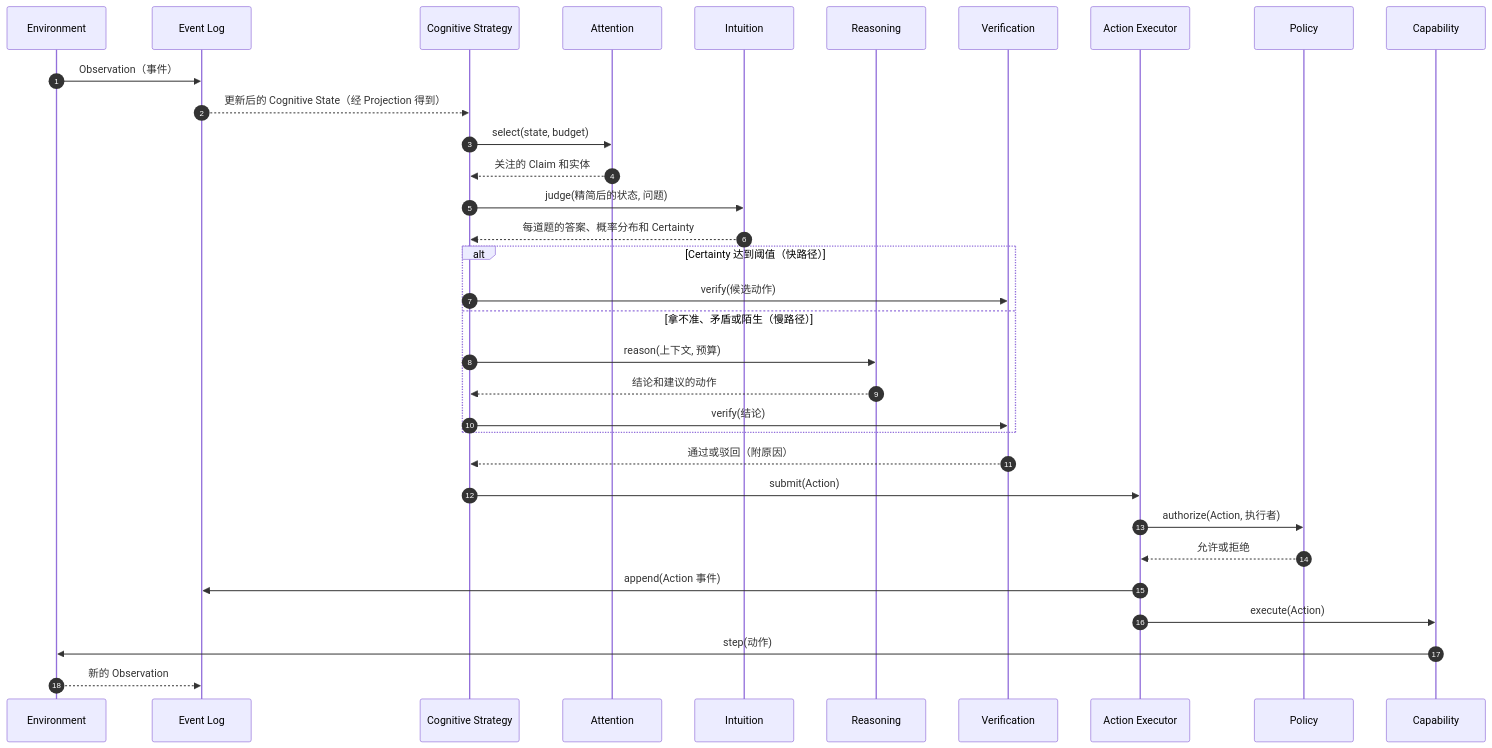
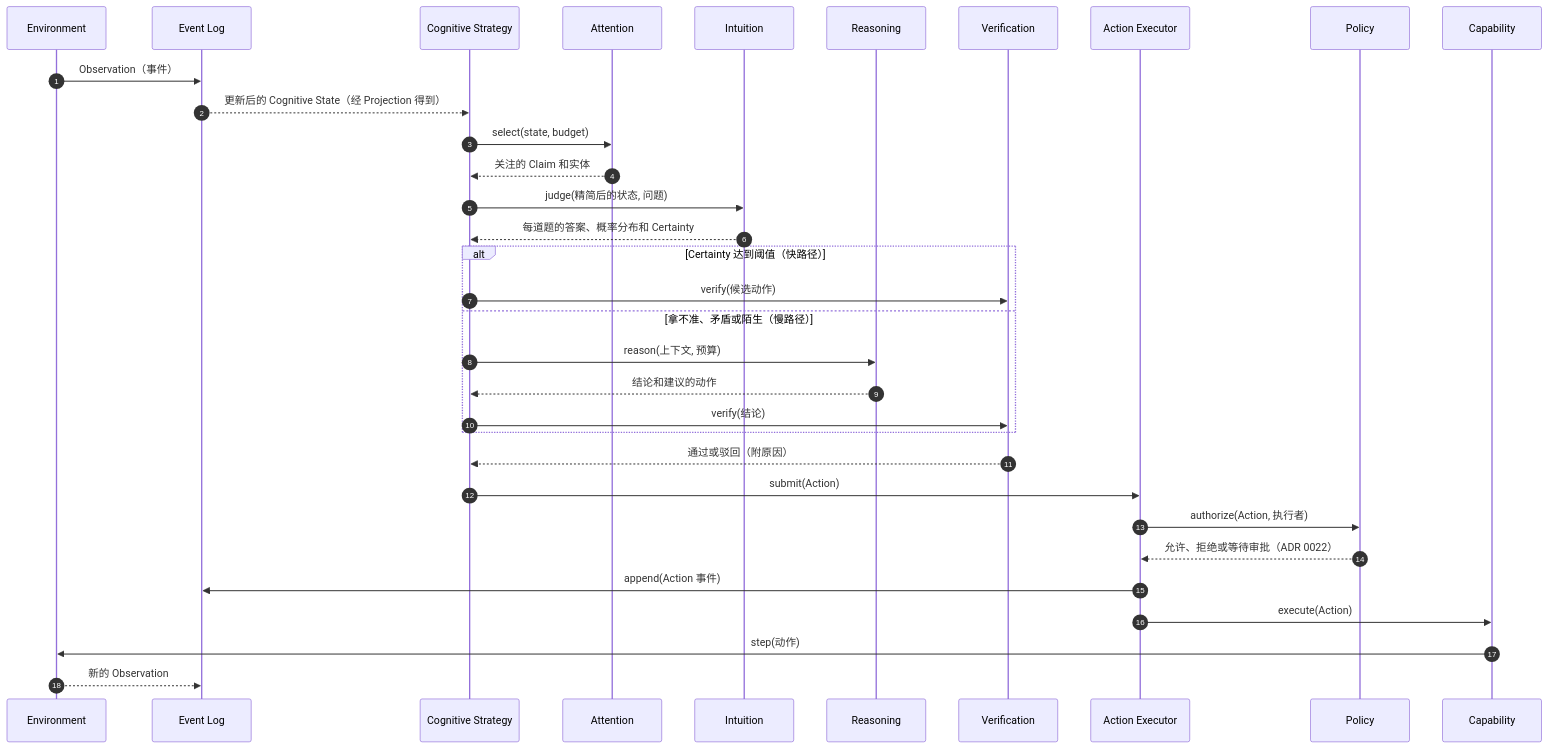
Before and after one commit to ClydeShen/memex: the fourth of 4 diagrams in docs/architecture/c4.md, drawn with Mermaid. The commit also changed other lines of this file and 9 other files, not shown here.

````diff
--- a/docs/architecture/c4.md
+++ b/docs/architecture/c4.md
@@ -163,36 +163,36 @@
 ```mermaid
 sequenceDiagram
   autonumber
   participant Env as Environment
   participant Log as Event Log
   participant S as Cognitive Strategy
   participant A as Attention
   participant I as Intuition
   participant R as Reasoning
   participant V as Verification
   participant X as Action Executor
   participant P as Policy
   participant C as Capability
 
   Env->>Log: Observation（事件）
   Log-->>S: 更新后的 Cognitive State（经 Projection 得到）
   S->>A: select(state, budget)
   A-->>S: 关注的 Claim 和实体
   S->>I: judge(精简后的状态, 问题)
   I-->>S: 每道题的答案、概率分布和 Certainty
   alt Certainty 达到阈值（快路径）
     S->>V: verify(候选动作)
   else 拿不准、矛盾或陌生（慢路径）
     S->>R: reason(上下文, 预算)
     R-->>S: 结论和建议的动作
     S->>V: verify(结论)
   end
   V-->>S: 通过或驳回（附原因）
   S->>X: submit(Action)
   X->>P: authorize(Action, 执行者)
-  P-->>X: 允许或拒绝
+  P-->>X: 允许、拒绝或等待审批（ADR 0022）
   X->>Log: append(Action 事件)
   X->>C: execute(Action)
   C->>Env: step(动作)
   Env-->>Log: 新的 Observation
 ```
````
